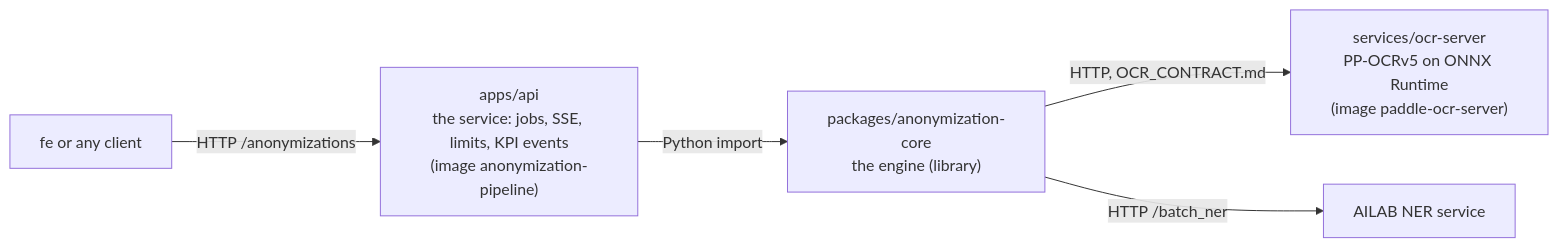
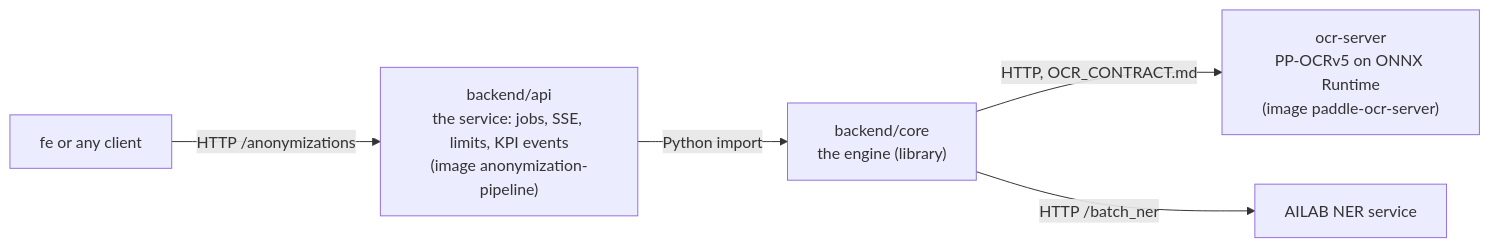
The second of 2 diagrams in README.md (BVTECH-AILAB/anonymization-pipeline), drawn with Mermaid before and after one commit. The commit also changed other lines of this file and 101 other files, not shown here.

````diff
--- a/README.md
+++ b/README.md
@@ -162,7 +164,7 @@
 ```mermaid
 flowchart LR
     CLIENT["fe or any client"] -- "HTTP /anonymizations" --> API
-    API["apps/api<br/>the service: jobs, SSE, limits, KPI events<br/>(image anonymization-pipeline)"] -- "Python import" --> CORE
-    CORE["packages/anonymization-core<br/>the engine (library)"] -- "HTTP, OCR_CONTRACT.md" --> OCR["services/ocr-server<br/>PP-OCRv5 on ONNX Runtime<br/>(image paddle-ocr-server)"]
+    API["backend/api<br/>the service: jobs, SSE, limits, KPI events<br/>(image anonymization-pipeline)"] -- "Python import" --> CORE
+    CORE["backend/core<br/>the engine (library)"] -- "HTTP, OCR_CONTRACT.md" --> OCR["ocr-server<br/>PP-OCRv5 on ONNX Runtime<br/>(image paddle-ocr-server)"]
     CORE -- "HTTP /batch_ner" --> NER["AILAB NER service"]
 ```
````
